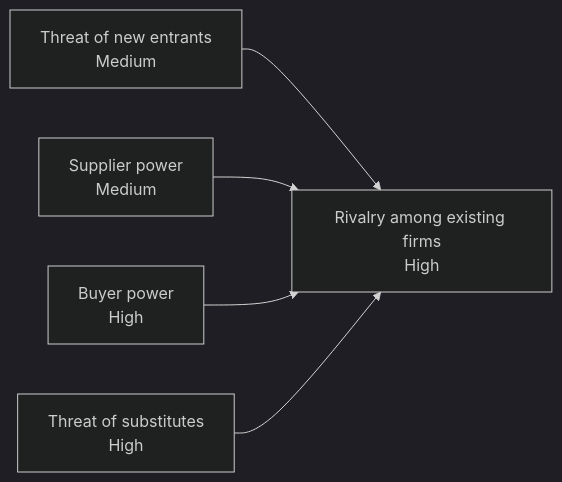
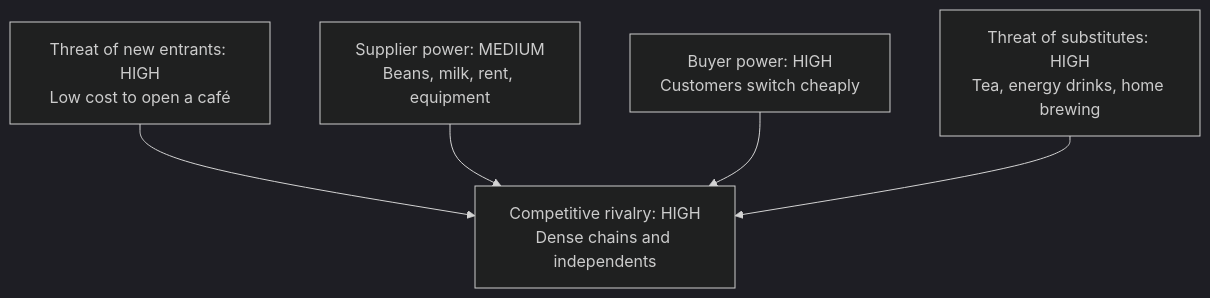
Before and after one commit to vrevolverrr/vicher: the diagram in eval/figure/generated/haiku/b-five-forces.md, drawn with Mermaid (dark theme). The commit also changed other lines of this file and 105 other files, not shown here.

Commit message:
test(eval): regenerate the figure replies with groups and states

````diff
--- a/eval/figure/generated/haiku/b-five-forces.md
+++ b/eval/figure/generated/haiku/b-five-forces.md
@@ -1,12 +1,12 @@
 ```mermaid
-flowchart LR
-    NE["Threat of new entrants<br/>Medium"]
-    SU["Supplier power<br/>Medium"]
-    BU["Buyer power<br/>High"]
-    SB["Threat of substitutes<br/>High"]
-    RI["Rivalry among existing firms<br/>High"]
-    NE --> RI
-    SU --> RI
-    BU --> RI
-    SB --> RI
+flowchart TB
+  NE["Threat of new entrants: HIGH<br/>Low cost to open a café"]
+  SUP["Supplier power: MEDIUM<br/>Beans, milk, rent, equipment"]
+  BUY["Buyer power: HIGH<br/>Customers switch cheaply"]
+  SUB["Threat of substitutes: HIGH<br/>Tea, energy drinks, home brewing"]
+  RIV["Competitive rivalry: HIGH<br/>Dense chains and independents"]
+  NE --> RIV
+  SUP --> RIV
+  BUY --> RIV
+  SUB --> RIV
 ```
````
